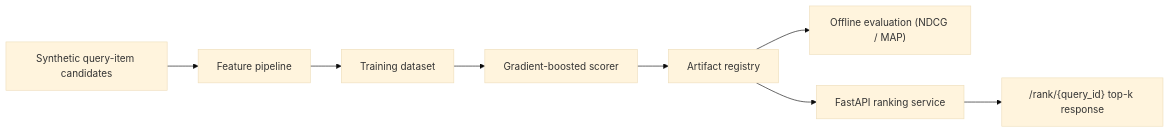
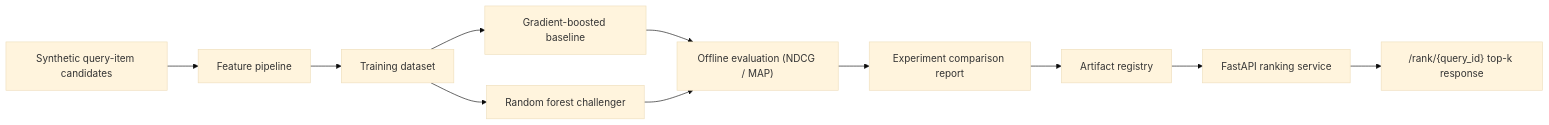
One commit to srn91/ranking-serving-engine changed the diagram in README.md. Above: the diagram before and after it, drawn with Mermaid (base theme). The commit also changed other lines of this file and 9 other files, not shown here.

Commit message:
Compare ranking models in evaluation

````diff
--- a/README.md
+++ b/README.md
@@ -31,10 +33,13 @@
 ```mermaid
 flowchart LR
     A["Synthetic query-item candidates"] --> B["Feature pipeline"]
     B --> C["Training dataset"]
-    C --> D["Gradient-boosted scorer"]
-    D --> E["Artifact registry"]
-    E --> F["Offline evaluation (NDCG / MAP)"]
-    E --> G["FastAPI ranking service"]
-    G --> H["/rank/{query_id} top-k response"]
+    C --> D["Gradient-boosted baseline"]
+    C --> E["Random forest challenger"]
+    D --> F["Offline evaluation (NDCG / MAP)"]
+    E --> F
+    F --> G["Experiment comparison report"]
+    G --> H["Artifact registry"]
+    H --> I["FastAPI ranking service"]
+    I --> J["/rank/{query_id} top-k response"]
 ```
````
